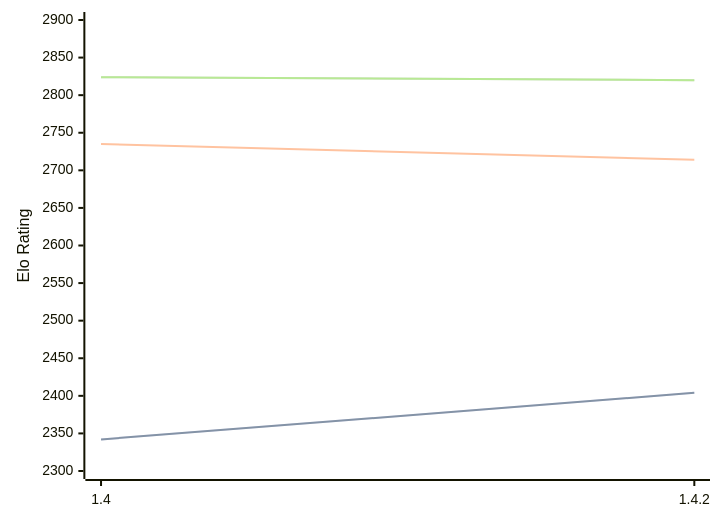
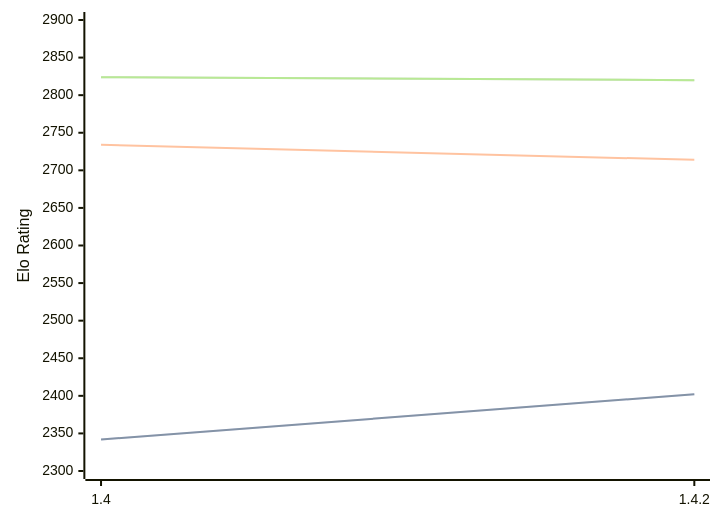
The diagram in engines/Spike.md (computer-chess-index/cci), drawn with Mermaid before and after one commit. The commit also changed other lines of this file, not shown here.

````diff
--- a/engines/Spike.md
+++ b/engines/Spike.md
@@ -32,11 +32,11 @@
 ```mermaid
 %%{init: {"theme":"base","themeVariables":{"seriesColors:['#a3a3a3','#222221','#faa371']}}}%%
 xychart-beta
   x-axis ["1.4", "1.4.2"]
   y-axis "Elo Rating" 2300 --> 2900
-  line "" [2342, 2404]
-  line "STC (8.0+0.08s)" [2342, 2404]
-  line "LTC (60.0+0.60s)" [2735, 2714]
+  line "" [2342, 2402]
+  line "STC (8.0+0.08s)" [2342, 2402]
+  line "LTC (60.0+0.60s)" [2734, 2714]
   line "" [2824, 2820]
   line "VLTC (2m24s+1.12s)" [2824, 2820]
 ```
````
